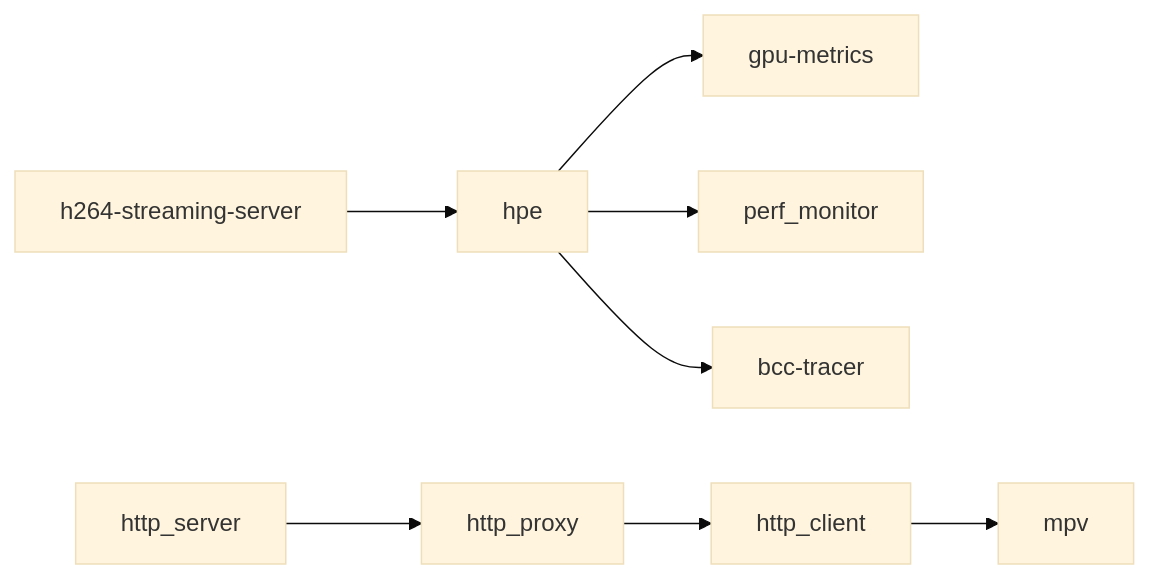
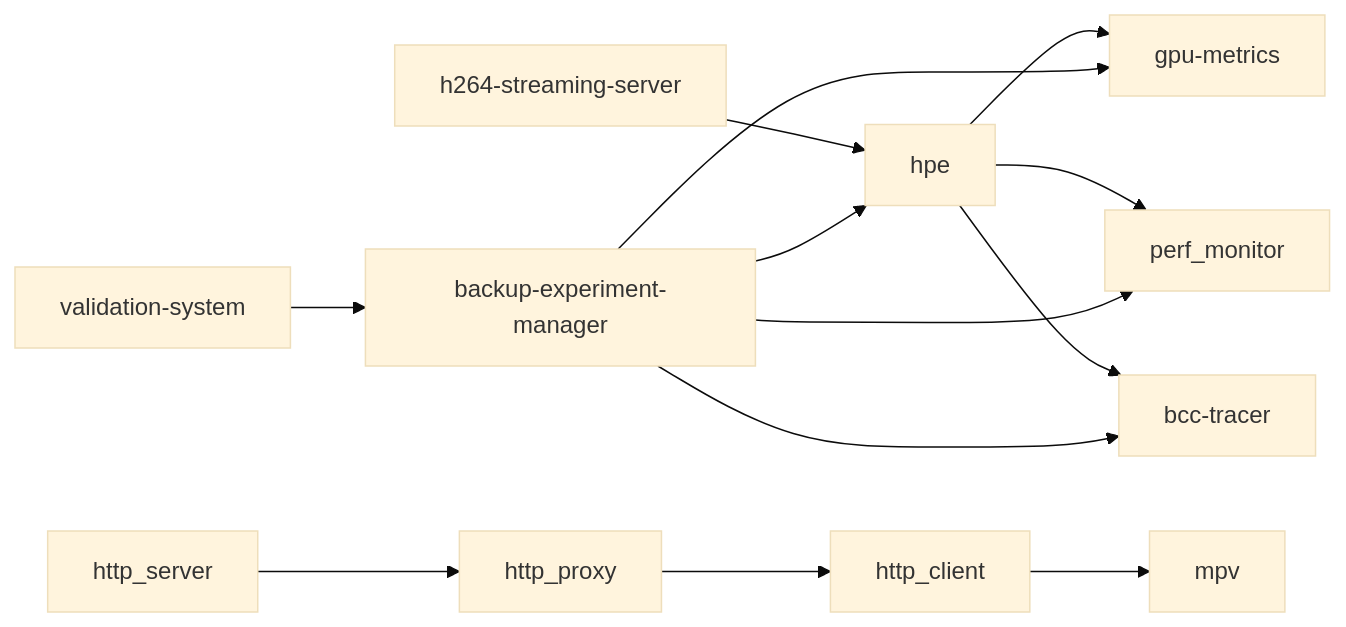
Before and after one commit to Fogus-Gr/MeasurementsDTs: the third of 3 diagrams in .qoder/repowiki/en/content/Deployment Infrastructure/Containerization and Docker Configuration.md, drawn with Mermaid (base theme). The commit also changed other lines of this file and 11 other files, not shown here.

````diff
--- a/.qoder/repowiki/en/content/Deployment Infrastructure/Containerization and Docker Configuration.md
+++ b/.qoder/repowiki/en/content/Deployment Infrastructure/Containerization and Docker Configuration.md
@@ -358,10 +442,15 @@
 ```mermaid
 graph LR
 H264["h264-streaming-server"] --> HPE["hpe"]
 HPE --> GPU["gpu-metrics"]
 HPE --> PERF["perf_monitor"]
 HPE --> BPF["bcc-tracer"]
+BACKUP["backup-experiment-manager"] --> HPE
+BACKUP --> GPU
+BACKUP --> PERF
+BACKUP --> BPF
+VALIDATION["validation-system"] --> BACKUP
 HTTP_SERVER["http_server"] --> HTTP_PROXY["http_proxy"]
 HTTP_PROXY --> HTTP_CLIENT["http_client"]
 HTTP_CLIENT --> MPV["mpv"]
 ```
````
